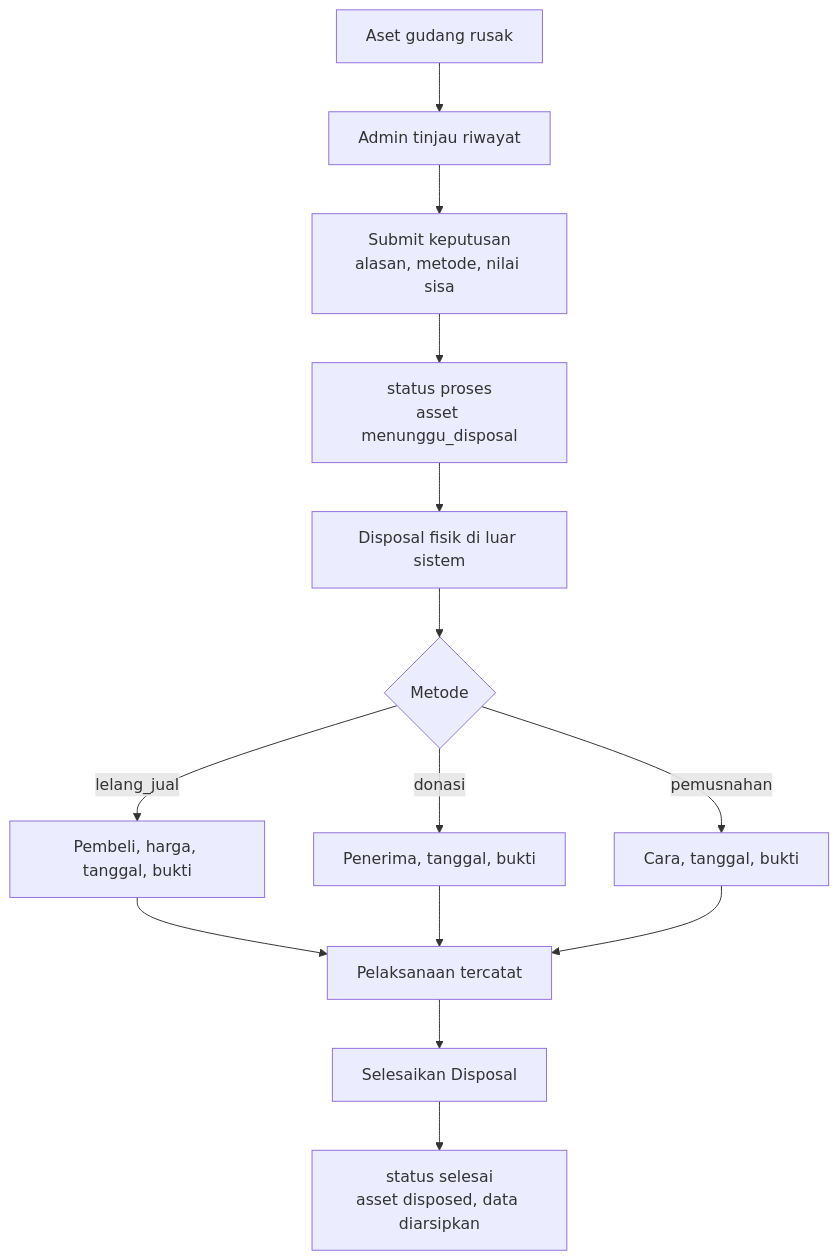
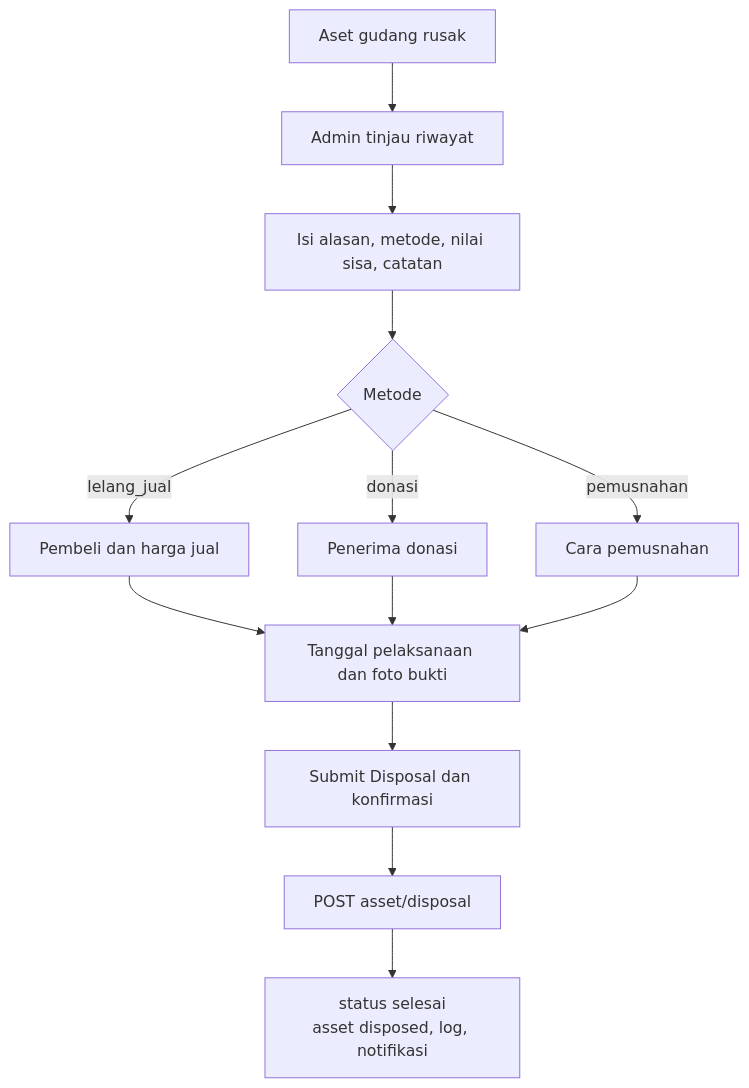
One commit to setiyawan12/DOKUMENTASI-ASSET changed the first of 4 diagrams in dokumentasi-asset-disposal.md. Above: the diagram before and after it, drawn with Mermaid. The commit also changed other lines of this file and 26 other files, not shown here.

````diff
--- a/dokumentasi-asset-disposal.md
+++ b/dokumentasi-asset-disposal.md
@@ -145,16 +139,15 @@
 ```mermaid
 flowchart TD
     A[Aset gudang rusak] --> B[Admin tinjau riwayat]
-    B --> C[Submit keputusan<br/>alasan, metode, nilai sisa]
-    C --> D[status proses<br/>asset menunggu_disposal]
-    D --> E[Disposal fisik di luar sistem]
-    E --> F{Metode}
-    F -- lelang_jual --> G[Pembeli, harga, tanggal, bukti]
-    F -- donasi --> H[Penerima, tanggal, bukti]
-    F -- pemusnahan --> I[Cara, tanggal, bukti]
-    G --> J[Pelaksanaan tercatat]
-    H --> J
-    I --> J
-    J --> K[Selesaikan Disposal]
-    K --> L[status selesai<br/>asset disposed, data diarsipkan]
+    B --> C[Isi alasan, metode, nilai sisa, catatan]
+    C --> D{Metode}
+    D -- lelang_jual --> E[Pembeli dan harga jual]
+    D -- donasi --> F[Penerima donasi]
+    D -- pemusnahan --> G[Cara pemusnahan]
+    E --> H[Tanggal pelaksanaan dan foto bukti]
+    F --> H
+    G --> H
+    H --> I[Submit Disposal dan konfirmasi]
+    I --> J[POST asset/disposal]
+    J --> K[status selesai<br/>asset disposed, log, notifikasi]
 ```
````
